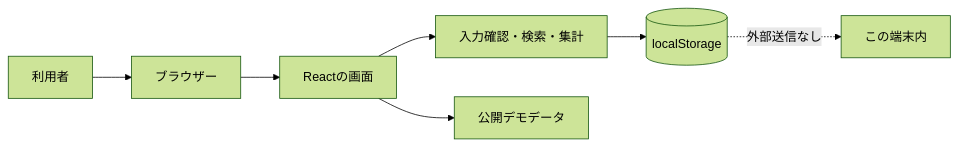
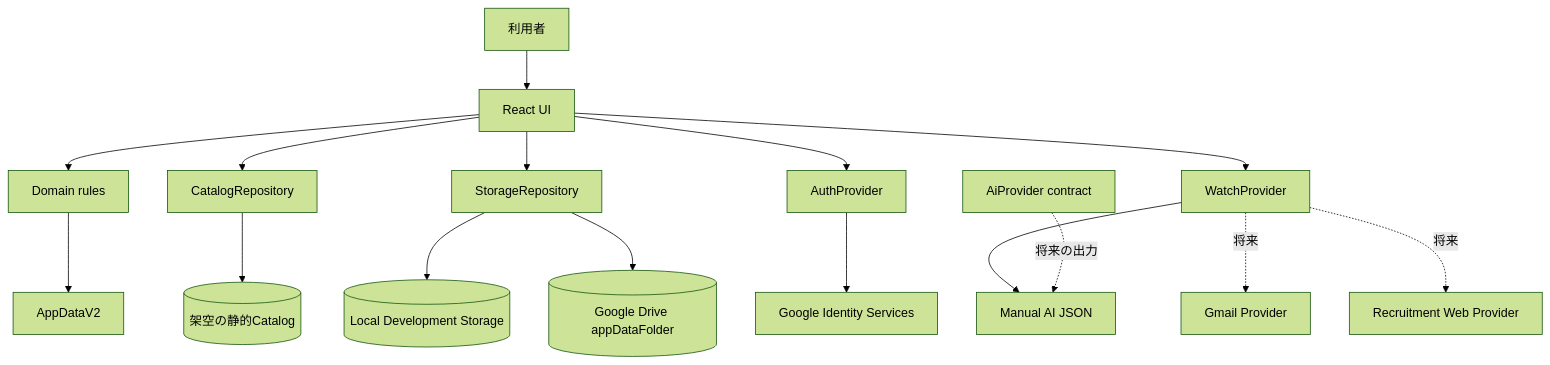
One commit to fujishusuke1215-alt/job-hunt-manager changed the first of 2 diagrams in docs/02_ARCHITECTURE.md. Above: the diagram before and after it, drawn with Mermaid (forest theme). The commit also changed other lines of this file and 41 other files, not shown here.

Commit message:
docs: update architecture and portfolio evidence

````diff
--- a/docs/02_ARCHITECTURE.md
+++ b/docs/02_ARCHITECTURE.md
@@ -7,9 +5,18 @@
 ```mermaid
-flowchart LR
-    U[利用者] --> B[ブラウザー]
-    B --> R[Reactの画面]
-    R --> L[入力確認・検索・集計]
-    L --> S[(localStorage)]
-    R --> D[公開デモデータ]
-    S -. 外部送信なし .-> X[この端末内]
+flowchart TB
+  U[利用者] --> UI[React UI]
+  UI --> D[Domain rules]
+  D --> APP[AppDataV2]
+  UI --> CAT[CatalogRepository]
+  UI --> STORE[StorageRepository]
+  UI --> AUTH[AuthProvider]
+  UI --> WATCH[WatchProvider]
+  CAT --> STATIC[(架空の静的Catalog)]
+  STORE --> LOCAL[(Local Development Storage)]
+  STORE --> DRIVE[(Google Drive appDataFolder)]
+  AUTH --> GIS[Google Identity Services]
+  WATCH --> MANUAL[Manual AI JSON]
+  AIP[AiProvider contract] -. 将来の出力 .-> MANUAL
+  WATCH -. 将来 .-> GMAIL[Gmail Provider]
+  WATCH -. 将来 .-> WEB[Recruitment Web Provider]
 ```
````
